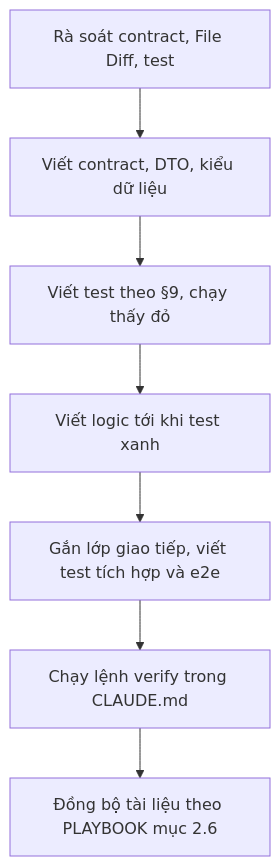
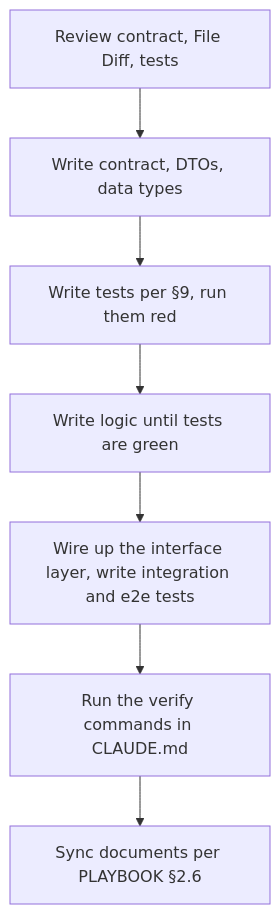
One commit to vuquoctrungbk/specflow changed the second of 2 diagrams in skills/specflow/assets/kit/core/04_Spec_Core_Template.md. Above: the diagram before and after it, drawn with Mermaid. The commit also changed other lines of this file and 100 other files, not shown here.

````diff
--- a/skills/specflow/assets/kit/core/04_Spec_Core_Template.md
+++ b/skills/specflow/assets/kit/core/04_Spec_Core_Template.md
@@ -183,9 +183,9 @@
 ```mermaid
 flowchart TD
-    R[Rà soát contract, File Diff, test] --> T[Viết contract, DTO, kiểu dữ liệu]
-    T --> RED[Viết test theo §9, chạy thấy đỏ]
-    RED --> GREEN[Viết logic tới khi test xanh]
-    GREEN --> INT[Gắn lớp giao tiếp, viết test tích hợp và e2e]
-    INT --> V[Chạy lệnh verify trong CLAUDE.md]
-    V --> S[Đồng bộ tài liệu theo PLAYBOOK mục 2.6]
+    R[Review contract, File Diff, tests] --> T[Write contract, DTOs, data types]
+    T --> RED[Write tests per §9, run them red]
+    RED --> GREEN[Write logic until tests are green]
+    GREEN --> INT[Wire up the interface layer, write integration and e2e tests]
+    INT --> V[Run the verify commands in CLAUDE.md]
+    V --> S[Sync documents per PLAYBOOK §2.6]
 ```
````
